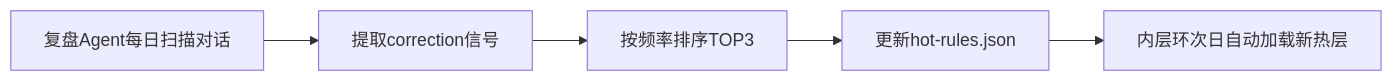
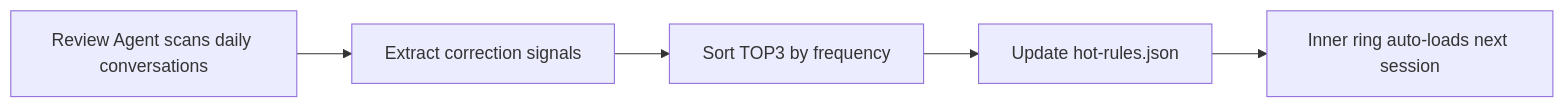
One commit to Ghl211/skills-introduction-to-github changed the diagram in README.md. Above: the diagram before and after it, drawn with Mermaid. The commit also changed other lines of this file, not shown here.

````diff
--- a/README.md
+++ b/README.md
@@ -162,7 +214,7 @@
 ```mermaid
 flowchart LR
-    A[复盘Agent每日扫描对话] --> B[提取correction信号]
-    B --> C[按频率排序TOP3]
-    C --> D[更新hot-rules.json]
-    D --> E[内层环次日自动加载新热层]
+    A[Review Agent scans daily conversations] --> B[Extract correction signals]
+    B --> C[Sort TOP3 by frequency]
+    C --> D[Update hot-rules.json]
+    D --> E[Inner ring auto-loads next session]
 ```
````
